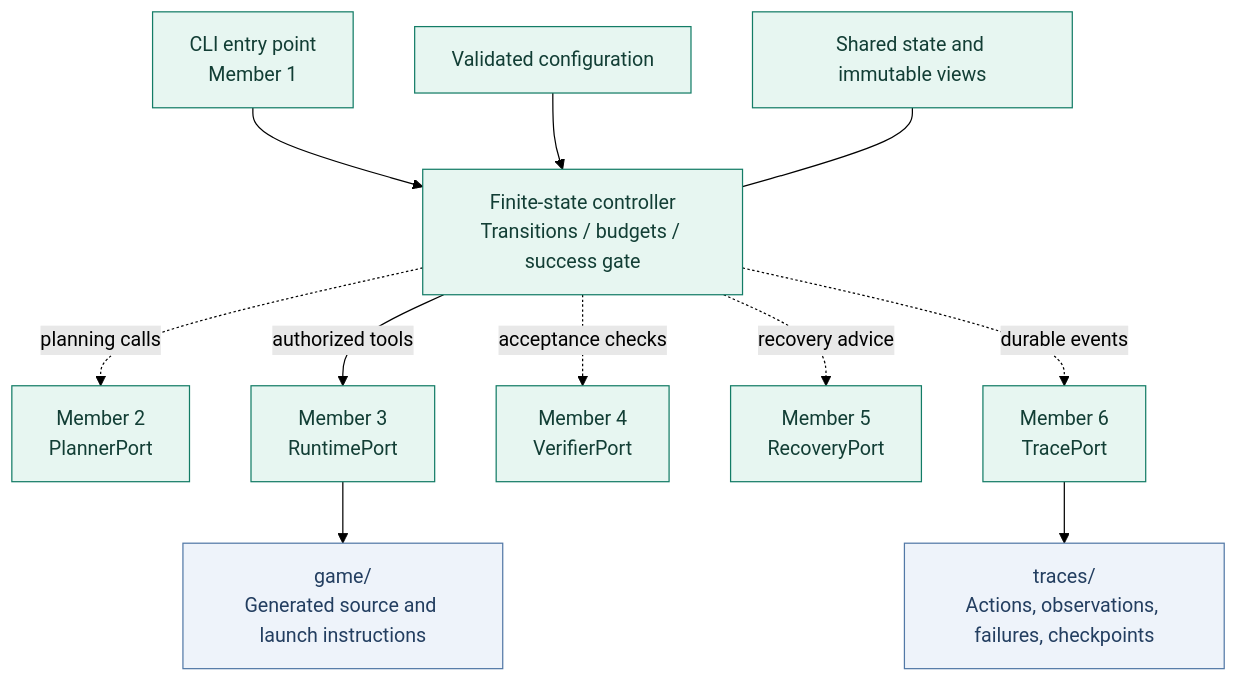
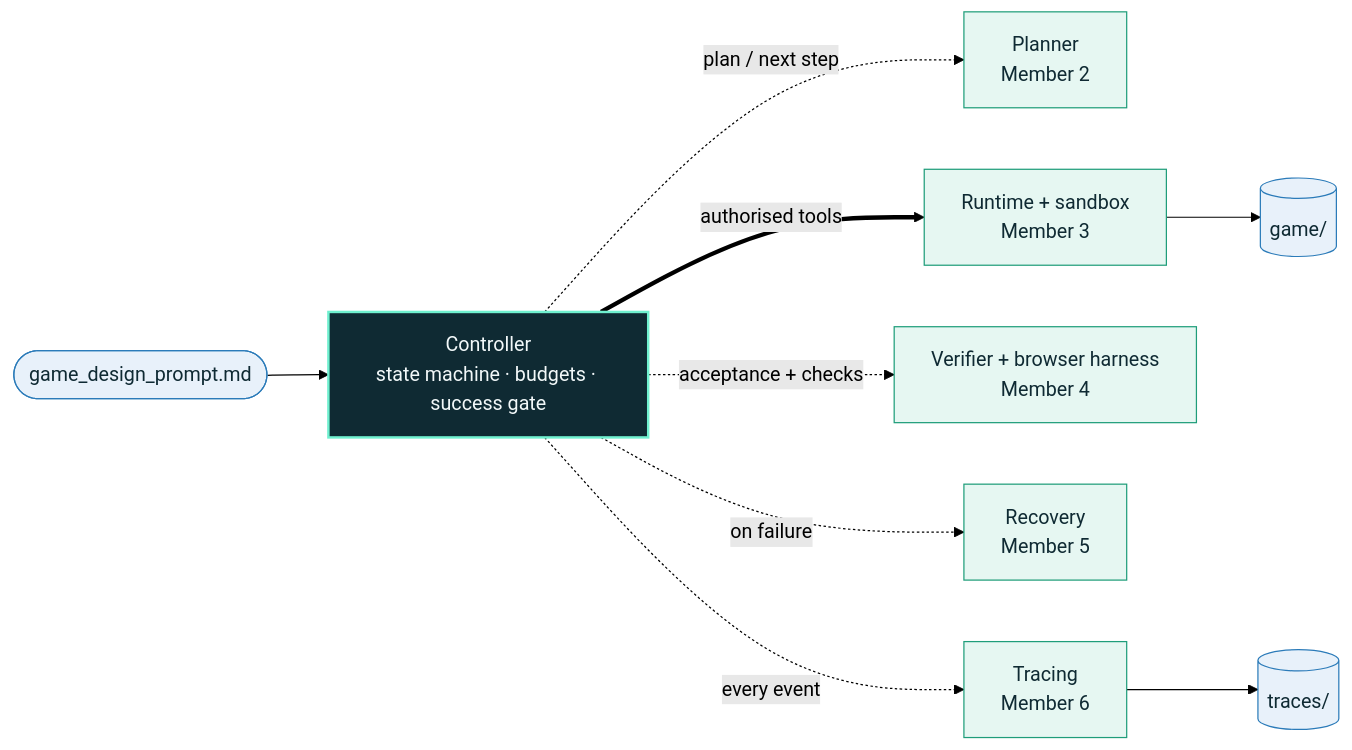
Before and after one commit to shirley830/6203-game-coding-agent: the first of 3 diagrams in README.md, drawn with Mermaid (forest theme). The commit also changed other lines of this file, not shown here.

````diff
--- a/README.md
+++ b/README.md
@@ -133,20 +140,19 @@
 ```mermaid
-flowchart TB
-    CLI["CLI entry point<br/>Member 1"] --> C["Finite-state controller<br/>Transitions / budgets / success gate"]
-    CFG["Validated configuration"] --> C
-    STATE["Shared state and immutable views"] --- C
-    C -. "planning calls" .-> P["Member 2<br/>PlannerPort"]
-    C -->|"authorized tools"| RT["Member 3<br/>RuntimePort"]
-    C -. "acceptance checks" .-> V["Member 4<br/>VerifierPort"]
-    C -. "recovery advice" .-> R["Member 5<br/>RecoveryPort"]
-    C -. "durable events" .-> T["Member 6<br/>TracePort"]
-    RT --> G["game/<br/>Generated source and launch instructions"]
-    T --> LOG["traces/<br/>Actions, observations, failures, checkpoints"]
+flowchart LR
+    SPEC(["game_design_prompt.md"]) --> C
+    C["Controller<br/>state machine · budgets · success gate"]
+    C -. "plan / next step" .-> P["Planner<br/>Member 2"]
+    C == "authorised tools" ==> RT["Runtime + sandbox<br/>Member 3"]
+    C -. "acceptance + checks" .-> V["Verifier + browser harness<br/>Member 4"]
+    C -. "on failure" .-> R["Recovery<br/>Member 5"]
+    C -. "every event" .-> T["Tracing<br/>Member 6"]
+    RT --> G[("game/")]
+    T --> L[("traces/")]
 
-    classDef ready fill:#e7f6f1,stroke:#137c66,color:#123e35;
-    classDef pending fill:#fff8eb,stroke:#b7791f,color:#604419,stroke-dasharray:5 4;
-    classDef artifact fill:#eef3fa,stroke:#5278a6,color:#233e60;
-    class CLI,C,CFG,STATE ready;
-    class P,V,R,T,RT ready;
-    class G,LOG artifact;
+    classDef ctrl fill:#0f2a33,stroke:#6ff0cf,stroke-width:2px,color:#f2f8f9;
+    classDef mod fill:#e6f7f2,stroke:#1f9d7a,color:#0f2a33;
+    classDef out fill:#e8f1fa,stroke:#2b7bb9,color:#0f2a33;
+    class C ctrl;
+    class P,RT,V,R,T mod;
+    class SPEC,G,L out;
 ```
````
